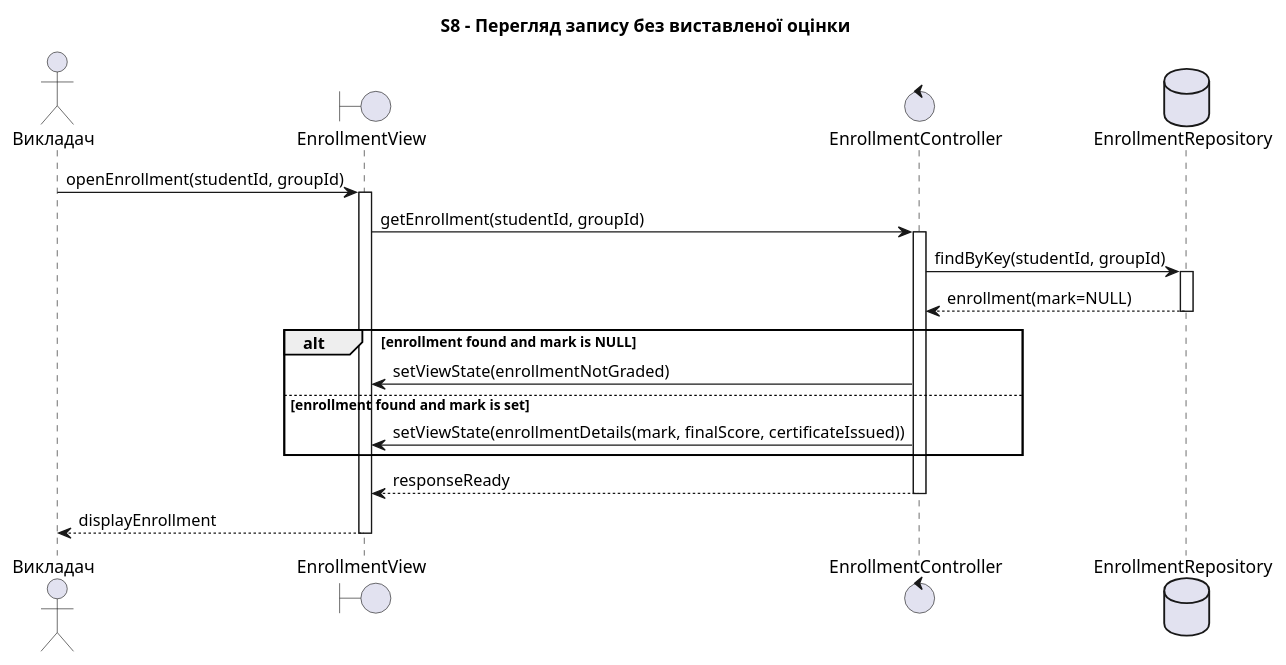
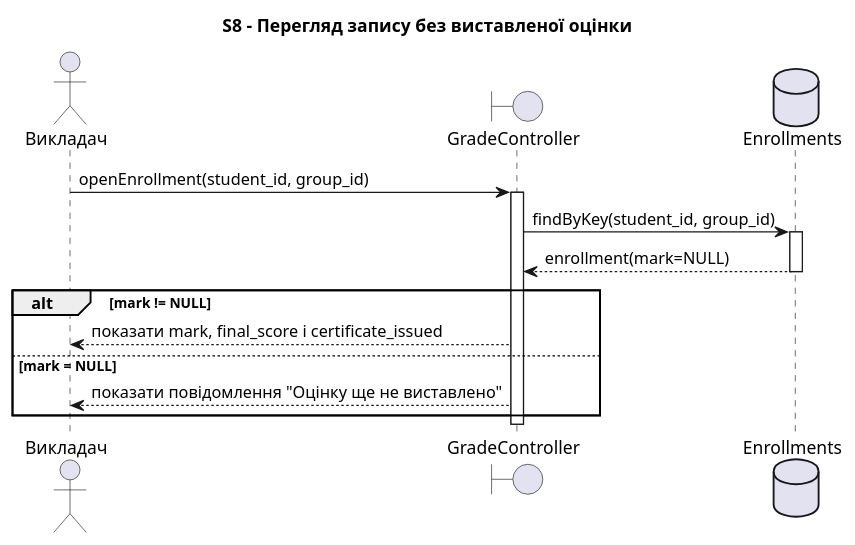
The eighth of 8 diagrams in lab3/sequence-diagrams.puml (ka1tya/KPI), drawn with PlantUML before and after one commit. The commit also changed other lines of this file and 1 other file, not shown here.

Commit message:
Виправлено форматування коду sequence-діаграм, а саме змінено назви учасників, щоб вони краще відповідали моделі системи, та додано тип для final_score (відсоток), як це також зазначено в моделі. Також було додано файл spec.md з описом сценаріїв, які відповідають оновленим діаграмам

```diff
--- a/lab3/sequence-diagrams.puml
+++ b/lab3/sequence-diagrams.puml
@@ -224,18 +269,20 @@
 @startuml S8
  title S8 - Перегляд запису без виставленої оцінки
+
  actor "Викладач" as Teacher
- boundary "EnrollmentView" as View
- control "EnrollmentController" as Controller
- database "EnrollmentRepository" as EnrollmentRepo
- Teacher -> View ++: openEnrollment(studentId, groupId)
- View -> Controller ++: getEnrollment(studentId, groupId)
- Controller -> EnrollmentRepo ++: findByKey(studentId, groupId)
- EnrollmentRepo --> Controller --: enrollment(mark=NULL)
- alt enrollment found and mark is NULL
-  Controller -> View: setViewState(enrollmentNotGraded)
- else enrollment found and mark is set
-  Controller -> View: setViewState(enrollmentDetails(mark, finalScore, certificateIssued))
+ boundary "GradeController" as Controller
+ database "Enrollments" as Enrollments
+
+ Teacher -> Controller : openEnrollment(student_id, group_id)
+ activate Controller
+ Controller -> Enrollments : findByKey(student_id, group_id)
+ activate Enrollments
+ Enrollments --> Controller : enrollment(mark=NULL)
+ deactivate Enrollments
+ alt mark != NULL
+   Controller --> Teacher : показати mark, final_score і certificate_issued
+ else mark = NULL
+   Controller --> Teacher : показати повідомлення "Оцінку ще не виставлено"
  end
- Controller --> View --: responseReady
- View --> Teacher --: displayEnrollment
+ deactivate Controller
 @enduml
```
